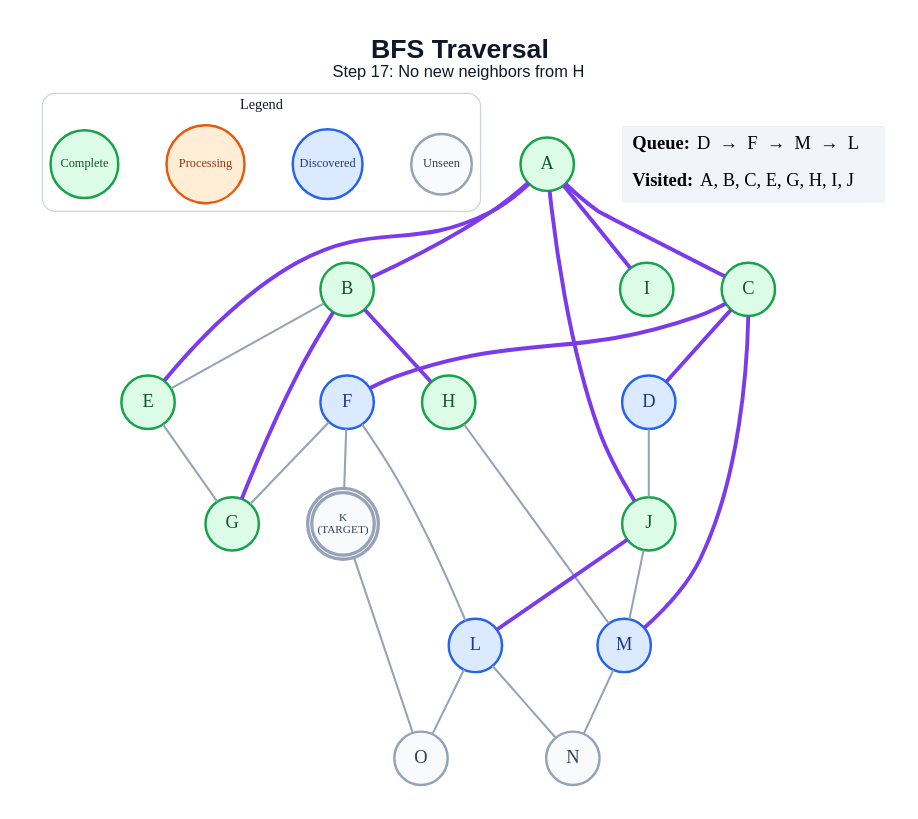
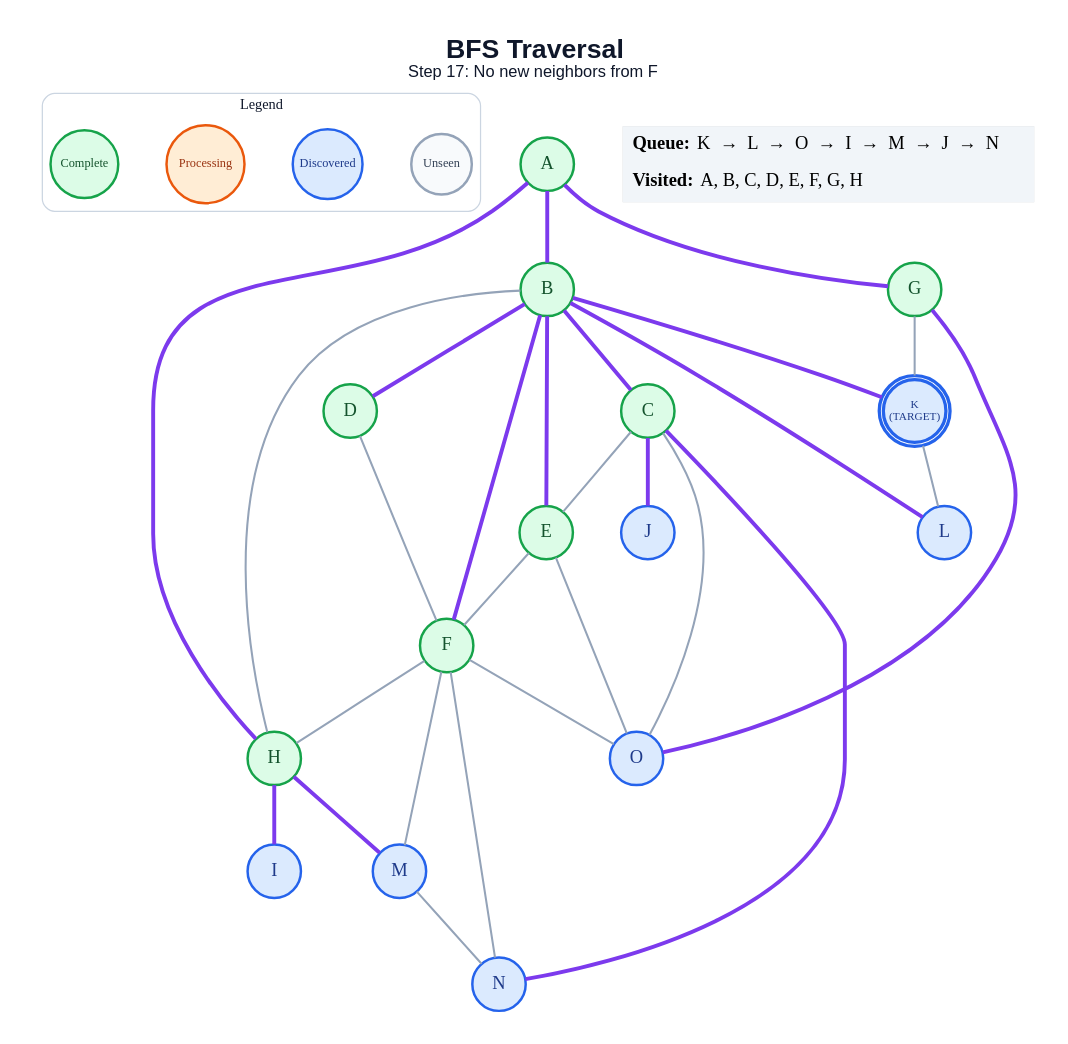
Before and after one commit to anon7238593-create/ai-slop: the diagram in generated/specific-node/bfs/step_17.dot, drawn with Graphviz. The commit also changed 289 other files, not shown here.

```diff
--- a/generated/specific-node/bfs/step_17.dot
+++ b/generated/specific-node/bfs/step_17.dot
@@ -1,57 +1,61 @@
 graph traversal {
   graph [layout=dot, rankdir=TB, bgcolor="#FFFFFF", pad="0.35", nodesep="0.65", ranksep="0.8", fontname="Arial"];
   node [shape=circle, style="filled", fontname="Arial Bold", fontsize=18, width=0.72, fixedsize=true, penwidth=2.4];
   edge [color="#94A3B8", penwidth=2.0];
-  label=<<B>BFS Traversal</B><BR/><FONT POINT-SIZE="16">Step 17: No new neighbors from H</FONT>>; labelloc="t"; fontsize=26; fontname="Arial"; fontcolor="#0F172A";
+  label=<<B>BFS Traversal</B><BR/><FONT POINT-SIZE="16">Step 17: No new neighbors from F</FONT>>; labelloc="t"; fontsize=26; fontname="Arial"; fontcolor="#0F172A";
   subgraph cluster_legend { label="Legend"; color="#CBD5E1"; penwidth=1.2; style="rounded"; fontsize=14; fontname="Arial Bold";
     key_unseen [label="Unseen", fillcolor="#F8FAFC", color="#94A3B8", fontcolor="#334155", fontsize=12, width=0.82];
     key_frontier [label="Discovered", fillcolor="#DBEAFE", color="#2563EB", fontcolor="#1E3A8A", fontsize=12, width=0.95];
     key_current [label="Processing", fillcolor="#FFEDD5", color="#EA580C", fontcolor="#9A3412", fontsize=12, width=1.05];
     key_done [label="Complete", fillcolor="#DCFCE7", color="#16A34A", fontcolor="#14532D", fontsize=12, width=0.92];
     { rank=same; key_unseen; key_frontier; key_current; key_done; }
   }
   A [label="A", fillcolor="#DCFCE7", color="#16A34A", fontcolor="#14532D", peripheries=1, penwidth=2.4];
   B [label="B", fillcolor="#DCFCE7", color="#16A34A", fontcolor="#14532D", peripheries=1, penwidth=2.4];
   C [label="C", fillcolor="#DCFCE7", color="#16A34A", fontcolor="#14532D", peripheries=1, penwidth=2.4];
-  D [label="D", fillcolor="#DBEAFE", color="#2563EB", fontcolor="#1E3A8A", peripheries=1, penwidth=2.4];
+  D [label="D", fillcolor="#DCFCE7", color="#16A34A", fontcolor="#14532D", peripheries=1, penwidth=2.4];
   E [label="E", fillcolor="#DCFCE7", color="#16A34A", fontcolor="#14532D", peripheries=1, penwidth=2.4];
-  F [label="F", fillcolor="#DBEAFE", color="#2563EB", fontcolor="#1E3A8A", peripheries=1, penwidth=2.4];
+  F [label="F", fillcolor="#DCFCE7", color="#16A34A", fontcolor="#14532D", peripheries=1, penwidth=2.4];
   G [label="G", fillcolor="#DCFCE7", color="#16A34A", fontcolor="#14532D", peripheries=1, penwidth=2.4];
   H [label="H", fillcolor="#DCFCE7", color="#16A34A", fontcolor="#14532D", peripheries=1, penwidth=2.4];
-  I [label="I", fillcolor="#DCFCE7", color="#16A34A", fontcolor="#14532D", peripheries=1, penwidth=2.4];
-  J [label="J", fillcolor="#DCFCE7", color="#16A34A", fontcolor="#14532D", peripheries=1, penwidth=2.4];
-  K [label="K\n(TARGET)", fillcolor="#F8FAFC", color="#94A3B8", fontcolor="#334155", peripheries=2, penwidth=3.2, fontsize=11, width=0.85, height=0.85];
+  I [label="I", fillcolor="#DBEAFE", color="#2563EB", fontcolor="#1E3A8A", peripheries=1, penwidth=2.4];
+  J [label="J", fillcolor="#DBEAFE", color="#2563EB", fontcolor="#1E3A8A", peripheries=1, penwidth=2.4];
+  K [label="K\n(TARGET)", fillcolor="#DBEAFE", color="#2563EB", fontcolor="#1E3A8A", peripheries=2, penwidth=3.2, fontsize=11, width=0.85, height=0.85];
   L [label="L", fillcolor="#DBEAFE", color="#2563EB", fontcolor="#1E3A8A", peripheries=1, penwidth=2.4];
   M [label="M", fillcolor="#DBEAFE", color="#2563EB", fontcolor="#1E3A8A", peripheries=1, penwidth=2.4];
-  N [label="N", fillcolor="#F8FAFC", color="#94A3B8", fontcolor="#334155", peripheries=1, penwidth=2.4];
-  O [label="O", fillcolor="#F8FAFC", color="#94A3B8", fontcolor="#334155", peripheries=1, penwidth=2.4];
+  N [label="N", fillcolor="#DBEAFE", color="#2563EB", fontcolor="#1E3A8A", peripheries=1, penwidth=2.4];
+  O [label="O", fillcolor="#DBEAFE", color="#2563EB", fontcolor="#1E3A8A", peripheries=1, penwidth=2.4];
   A -- B [color="#7C3AED", penwidth=3.8];
-  A -- C [color="#7C3AED", penwidth=3.8];
-  A -- E [color="#7C3AED", penwidth=3.8];
-  A -- I [color="#7C3AED", penwidth=3.8];
-  A -- J [color="#7C3AED", penwidth=3.8];
-  B -- E;
-  B -- G [color="#7C3AED", penwidth=3.8];
-  B -- H [color="#7C3AED", penwidth=3.8];
-  C -- D [color="#7C3AED", penwidth=3.8];
-  C -- F [color="#7C3AED", penwidth=3.8];
-  C -- M [color="#7C3AED", penwidth=3.8];
-  D -- J;
-  E -- G;
-  F -- G;
-  F -- K;
-  F -- L;
-  H -- M;
-  J -- L [color="#7C3AED", penwidth=3.8];
-  J -- M;
-  K -- O;
-  L -- N;
-  L -- O;
+  A -- G [color="#7C3AED", penwidth=3.8];
+  A -- H [color="#7C3AED", penwidth=3.8];
+  B -- C [color="#7C3AED", penwidth=3.8];
+  B -- D [color="#7C3AED", penwidth=3.8];
+  B -- E [color="#7C3AED", penwidth=3.8];
+  B -- F [color="#7C3AED", penwidth=3.8];
+  B -- H;
+  B -- K [color="#7C3AED", penwidth=3.8];
+  B -- L [color="#7C3AED", penwidth=3.8];
+  C -- E;
+  C -- J [color="#7C3AED", penwidth=3.8];
+  C -- N [color="#7C3AED", penwidth=3.8];
+  C -- O;
+  D -- F;
+  E -- F;
+  E -- O;
+  F -- H;
+  F -- M;
+  F -- N;
+  F -- O;
+  G -- K;
+  G -- O [color="#7C3AED", penwidth=3.8];
+  H -- I [color="#7C3AED", penwidth=3.8];
+  H -- M [color="#7C3AED", penwidth=3.8];
+  K -- L;
   M -- N;
   status [shape=plain, fixedsize=false, width=0, height=0, margin=0, label=<
     <TABLE BORDER="0" CELLBORDER="0" CELLPADDING="7" BGCOLOR="#F1F5F9">
-      <TR><TD ALIGN="LEFT"><B>Queue:</B> D  →  F  →  M  →  L</TD></TR>
-      <TR><TD ALIGN="LEFT"><B>Visited:</B> A, B, C, E, G, H, I, J</TD></TR>
+      <TR><TD ALIGN="LEFT"><B>Queue:</B> K  →  L  →  O  →  I  →  M  →  J  →  N</TD></TR>
+      <TR><TD ALIGN="LEFT"><B>Visited:</B> A, B, C, D, E, F, G, H</TD></TR>
     </TABLE>
   >];
 }
```
